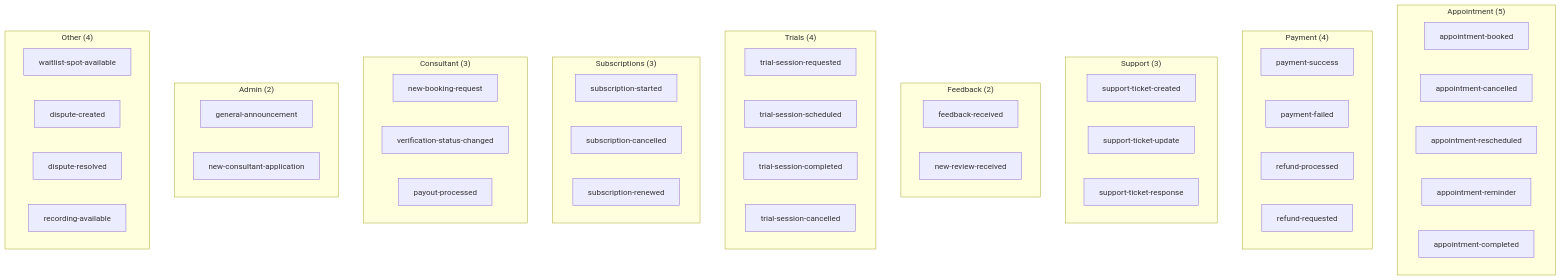
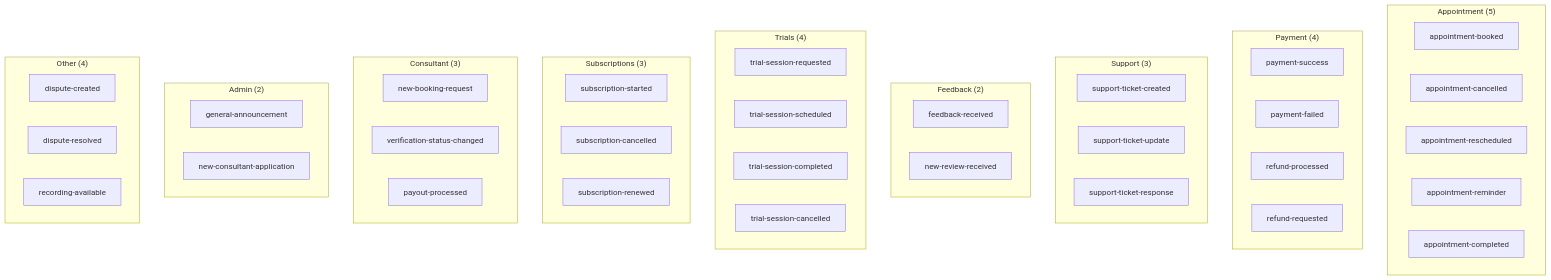
Before and after one commit to Practitionist/familiarise_web: the first of 3 diagrams in docs/notifications/02-workflows-and-api.md, drawn with Mermaid. The commit also changed other lines of this file and 181 other files, not shown here.

````diff
--- a/docs/notifications/02-workflows-and-api.md
+++ b/docs/notifications/02-workflows-and-api.md
@@ -7,59 +7,58 @@
 ```mermaid
 graph TD
     subgraph "Appointment (5)"
         W1[appointment-booked]
         W2[appointment-cancelled]
         W3[appointment-rescheduled]
         W4[appointment-reminder]
         W5[appointment-completed]
     end
 
     subgraph "Payment (4)"
         W6[payment-success]
         W7[payment-failed]
         W8[refund-processed]
         W9[refund-requested]
     end
 
     subgraph "Support (3)"
         W10[support-ticket-created]
         W11[support-ticket-update]
         W12[support-ticket-response]
     end
 
     subgraph "Feedback (2)"
         W13[feedback-received]
         W14[new-review-received]
     end
 
     subgraph "Trials (4)"
         W15[trial-session-requested]
         W16[trial-session-scheduled]
         W17[trial-session-completed]
         W18[trial-session-cancelled]
     end
 
     subgraph "Subscriptions (3)"
         W19[subscription-started]
         W20[subscription-cancelled]
         W21[subscription-renewed]
     end
 
     subgraph "Consultant (3)"
         W22[new-booking-request]
         W23[verification-status-changed]
         W24[payout-processed]
     end
 
     subgraph "Admin (2)"
         W25[general-announcement]
         W26[new-consultant-application]
     end
 
     subgraph "Other (4)"
-        W27[waitlist-spot-available]
         W28[dispute-created]
         W29[dispute-resolved]
         W30[recording-available]
     end
 ```
````
